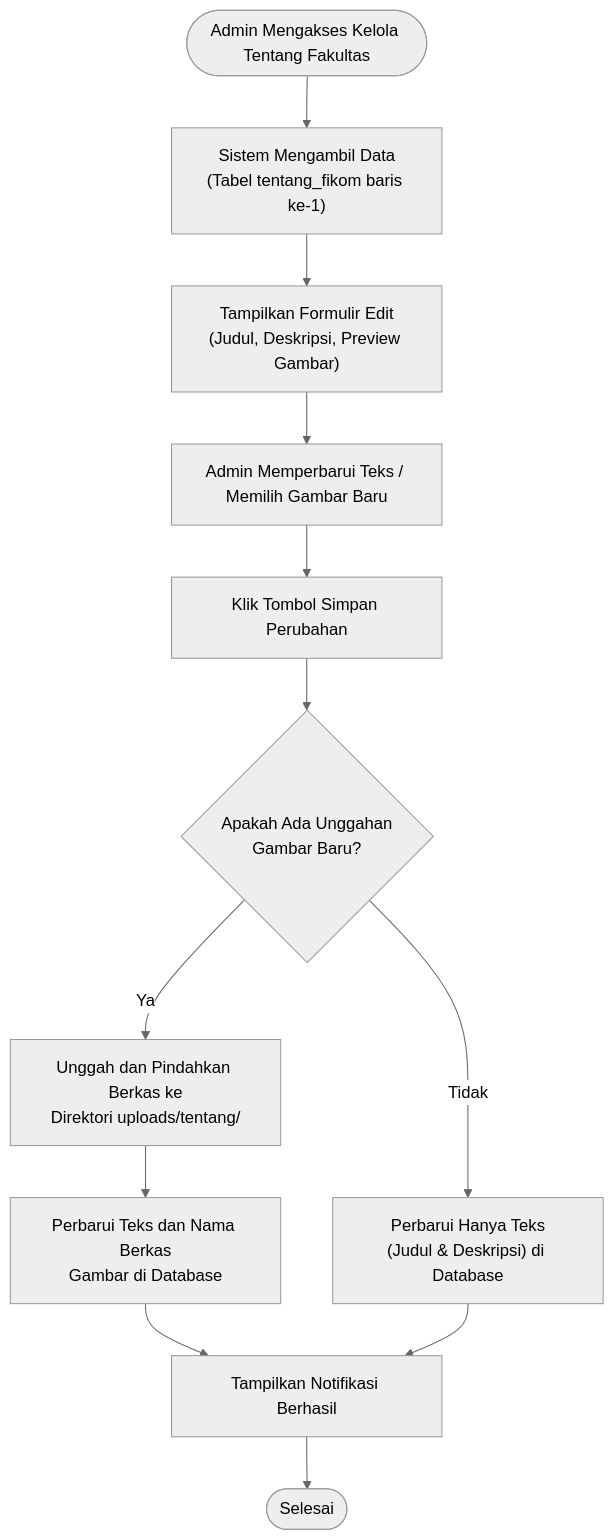
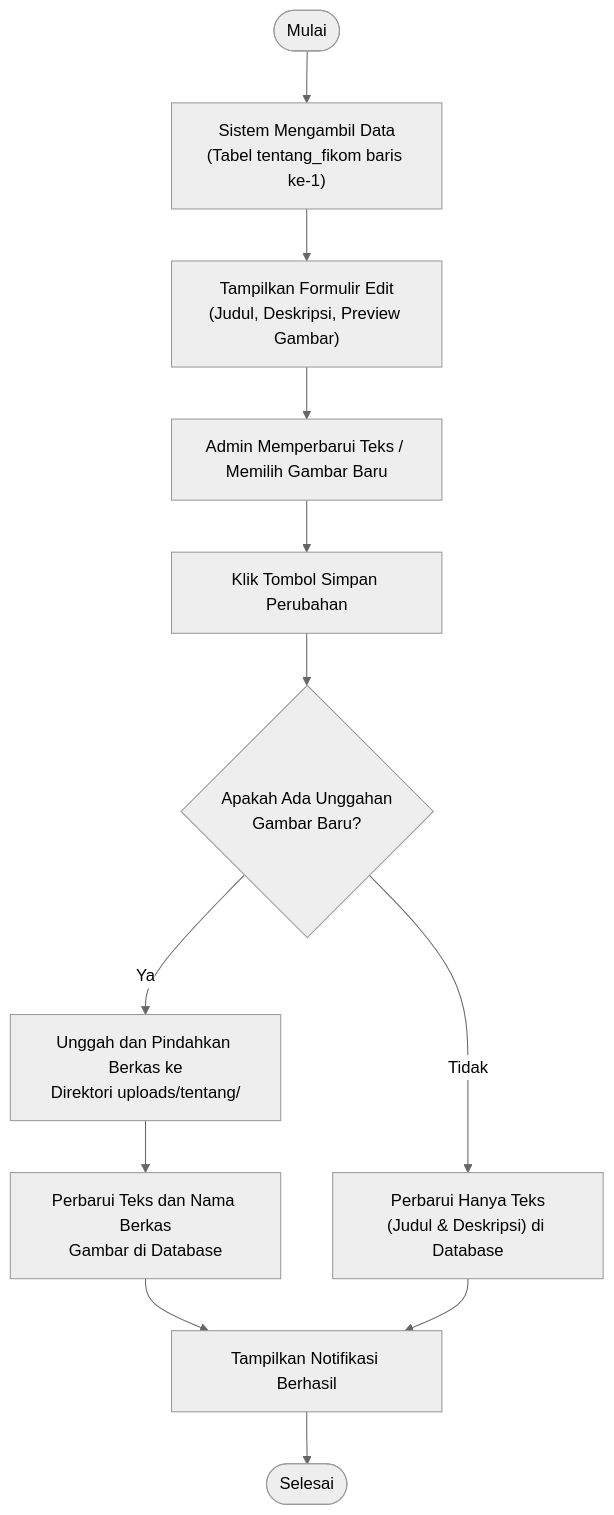
The fifth of 5 diagrams in docs/activity_diagram_profil.md (arbain-dev/Web_fikom), drawn with Mermaid (neutral theme) before and after one commit. The commit also changed other lines of this file and 7 other files, not shown here.

Commit message:
docs: standarisasi semua awal flowchart diagram menjadi 'Mulai'

````diff
--- a/docs/activity_diagram_profil.md
+++ b/docs/activity_diagram_profil.md
@@ -118,20 +115,20 @@
 ```mermaid
 flowchart TD
     %% Alur Admin
-    StartAdmin([Admin Mengakses Kelola Tentang Fakultas]) --> FetchData["Sistem Mengambil Data<br>(Tabel tentang_fikom baris ke-1)"]
+    Mulai([Mulai]) --> FetchData["Sistem Mengambil Data<br>(Tabel tentang_fikom baris ke-1)"]
     FetchData --> DisplayForm["Tampilkan Formulir Edit<br>(Judul, Deskripsi, Preview Gambar)"]
     
     DisplayForm --> AdminEdit["Admin Memperbarui Teks / Memilih Gambar Baru"]
     AdminEdit --> Submit["Klik Tombol Simpan Perubahan"]
     
     Submit --> CheckImg{"Apakah Ada Unggahan<br>Gambar Baru?"}
     
     CheckImg -- "Ya" --> UploadProcess["Unggah dan Pindahkan Berkas ke<br>Direktori uploads/tentang/"]
     UploadProcess --> UpdateAll["Perbarui Teks dan Nama Berkas<br>Gambar di Database"]
     
     CheckImg -- "Tidak" --> UpdateText["Perbarui Hanya Teks<br>(Judul & Deskripsi) di Database"]
     
     UpdateAll --> Notify["Tampilkan Notifikasi Berhasil"]
     UpdateText --> Notify
     Notify --> EndAdmin([Selesai])
 ```
````
